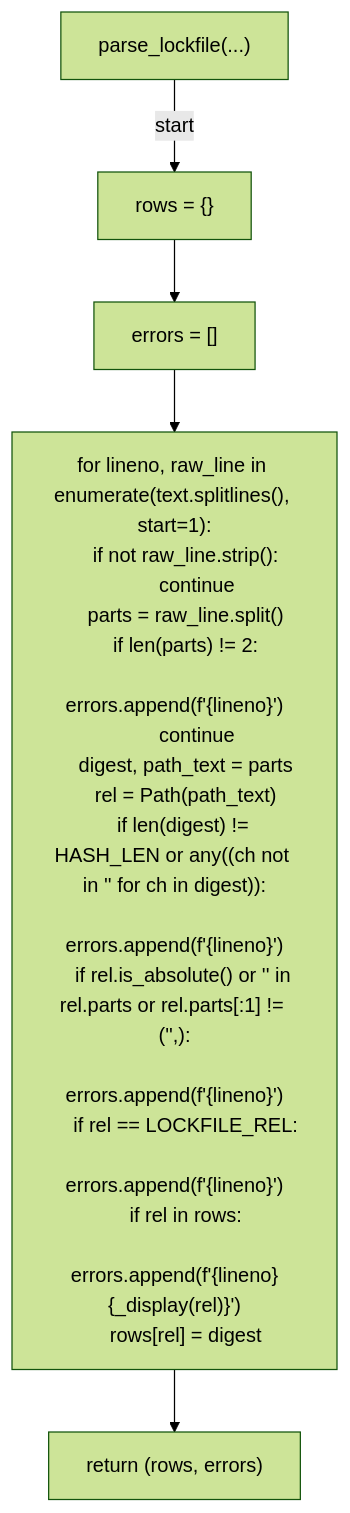
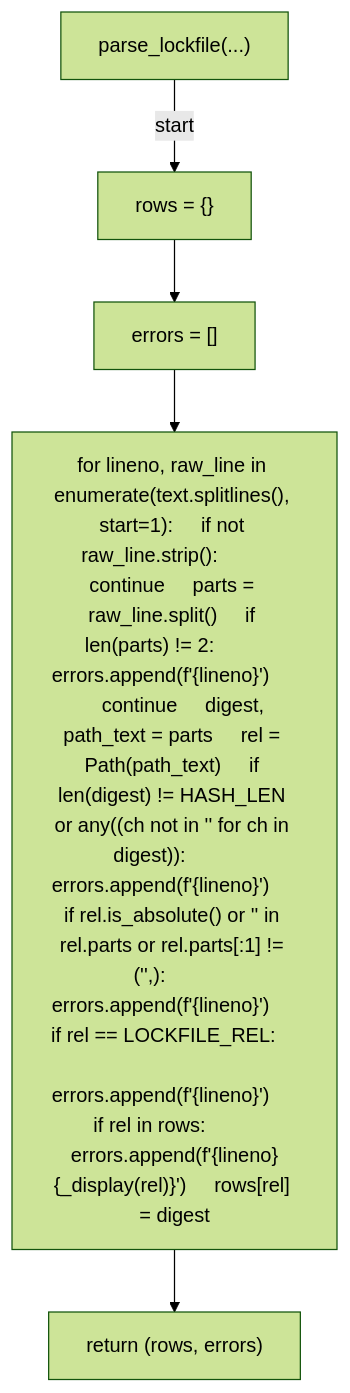
One commit to tvna/claude-md changed the seventh of 13 diagrams in docs/generated/scripts/ast/verify_apm_checksums.md. Above: the diagram before and after it, drawn with Mermaid (forest theme). The commit also changed other lines of this file and 15 other files, not shown here.

First line of the commit message:
docs(generated): regenerate decision tree and workflow diagrams (batch 5/5)

````diff
--- a/docs/generated/scripts/ast/verify_apm_checksums.md
+++ b/docs/generated/scripts/ast/verify_apm_checksums.md
@@ -85,29 +77,12 @@
 ```mermaid
 flowchart TD
     N001["parse_lockfile(...)"]
     N002["rows = {}"]
     N003["errors = []"]
-    N004["for lineno, raw_line in enumerate(text.splitlines(), start=1):
-    if not raw_line.strip():
-        continue
-    parts = raw_line.split()
-    if len(parts) != 2:
-        errors.append(f'<str>{lineno}<str>')
-        continue
-    digest, path_text = parts
-    rel = Path(path_text)
-    if len(digest) != HASH_LEN or any((ch not in '<str>' for ch in digest)):
-        errors.append(f'<str>{lineno}<str>')
-    if rel.is_absolute() or '<str>' in rel.parts or rel.parts[:1] != ('<str>',):
-        errors.append(f'<str>{lineno}<str>')
-    if rel == LOCKFILE_REL:
-        errors.append(f'<str>{lineno}<str>')
-    if rel in rows:
-        errors.append(f'<str>{lineno}<str>{_display(rel)}')
-    rows[rel] = digest"]
+    N004["for lineno, raw_line in enumerate(text.splitlines(), start=1):     if not raw_line.strip():         continue     parts = raw_line.split()     if len(parts) != 2:         errors.append(f'<str>{lineno}<str>')         continue     digest, path_text = parts     rel = Path(path_text)     if len(digest) != HASH_LEN or any((ch not in '<str>' for ch in digest)):         errors.append(f'<str>{lineno}<str>')     if rel.is_absolute() or '<str>' in rel.parts or rel.parts[:1] != ('<str>',):         errors.append(f'<str>{lineno}<str>')     if rel == LOCKFILE_REL:         errors.append(f'<str>{lineno}<str>')     if rel in rows:         errors.append(f'<str>{lineno}<str>{_display(rel)}')     rows[rel] = digest"]
     N005["return (rows, errors)"]
     N001 -->|"start"| N002
     N002 --> N003
     N003 --> N004
     N004 --> N005
 ```
````
